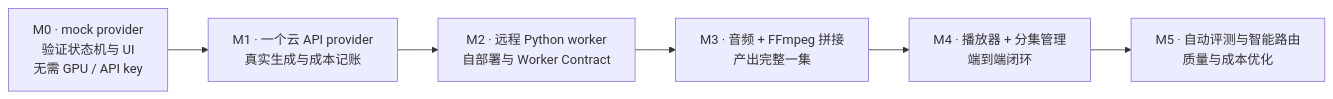
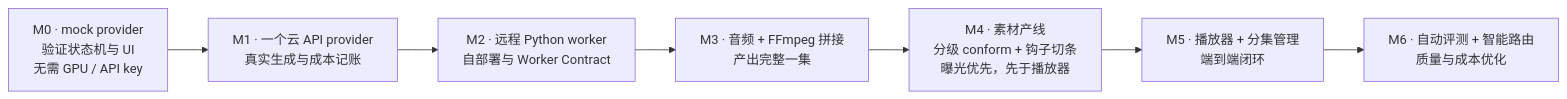
Before and after one commit to JasonZQH/AI-Drama-NA: the fifth of 5 diagrams in docs/_src/01-architecture.md, drawn with Mermaid. The commit also changed other lines of this file and 35 other files, not shown here.

````diff
--- a/docs/_src/01-architecture.md
+++ b/docs/_src/01-architecture.md
@@ -214,10 +215,11 @@
 ```mermaid
 flowchart LR
     M0["M0 · mock provider<br/>验证状态机与 UI<br/>无需 GPU / API key"]
     M1["M1 · 一个云 API provider<br/>真实生成与成本记账"]
     M2["M2 · 远程 Python worker<br/>自部署与 Worker Contract"]
     M3["M3 · 音频 + FFmpeg 拼接<br/>产出完整一集"]
-    M4["M4 · 播放器 + 分集管理<br/>端到端闭环"]
-    M5["M5 · 自动评测与智能路由<br/>质量与成本优化"]
-    M0 --> M1 --> M2 --> M3 --> M4 --> M5
+    M4["M4 · 素材产线<br/>分级 conform + 钩子切条<br/>曝光优先，先于播放器"]
+    M5["M5 · 播放器 + 分集管理<br/>端到端闭环"]
+    M6["M6 · 自动评测 + 智能路由<br/>质量与成本优化"]
+    M0 --> M1 --> M2 --> M3 --> M4 --> M5 --> M6
 ```
````
